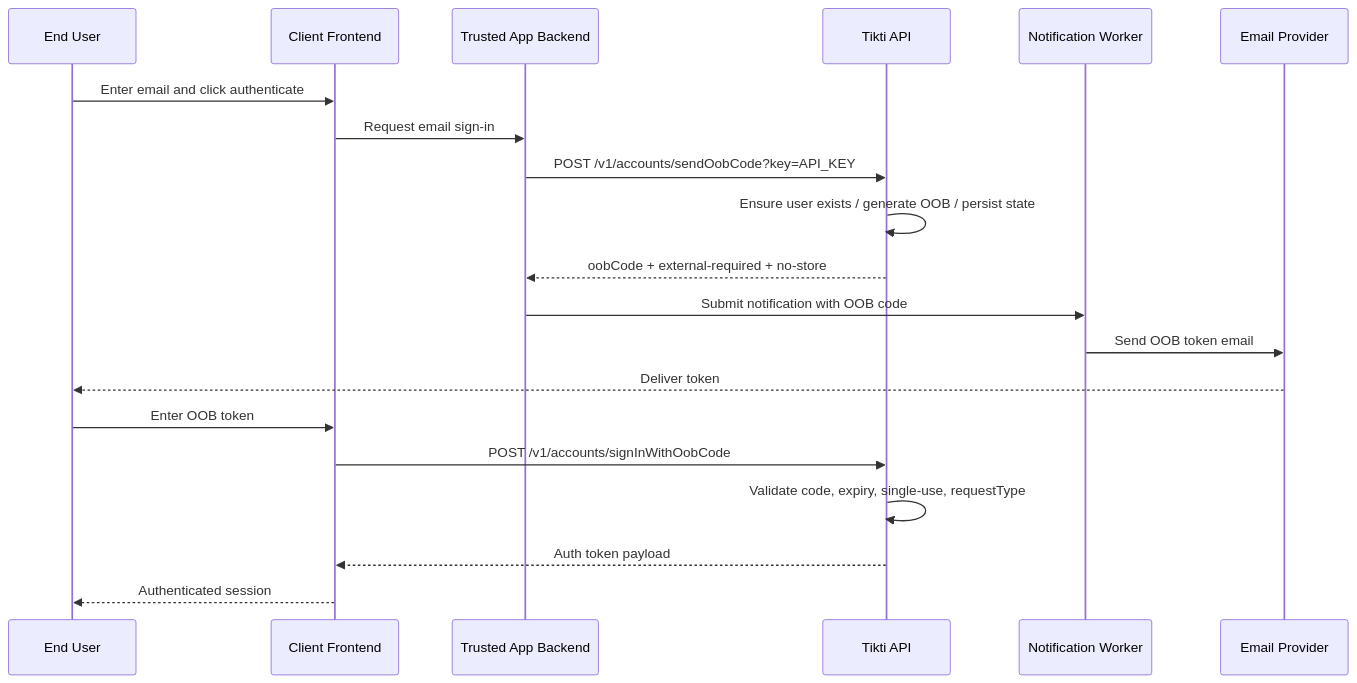
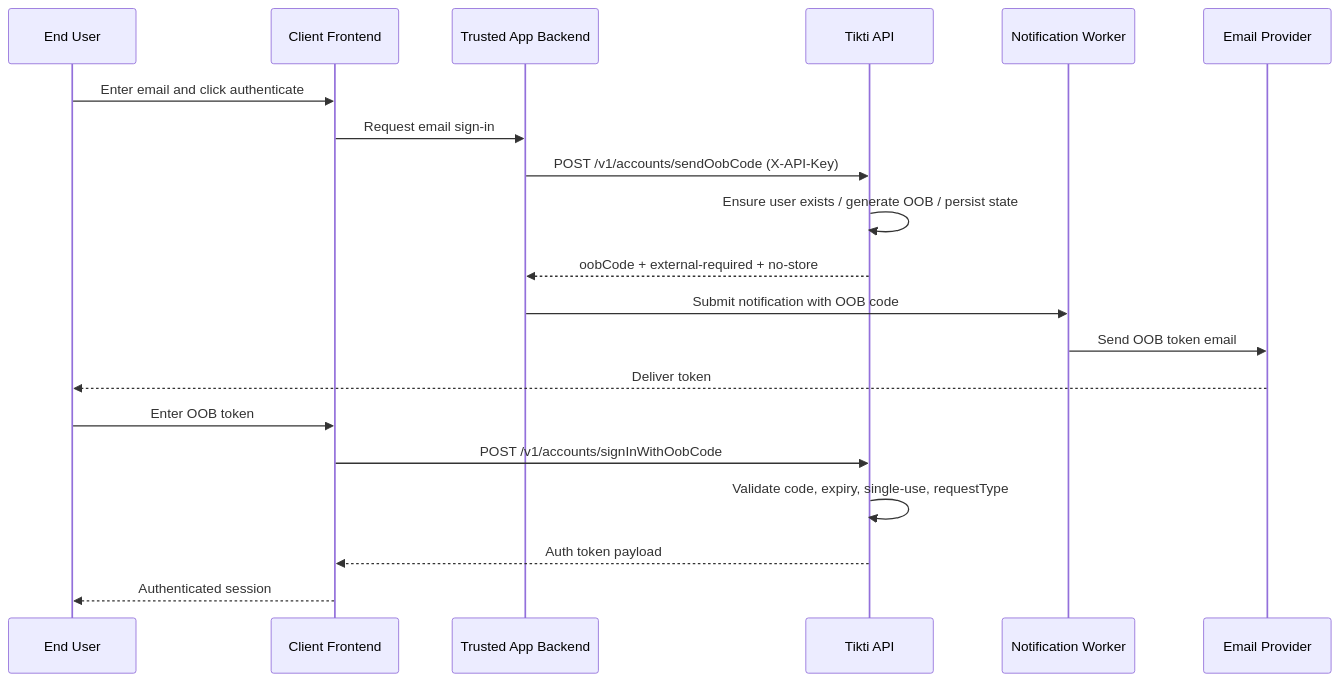
One commit to osvaldoandrade/tikti changed the diagram in wiki/Use-Cases-OOB-Email-Sign-In.md. Above: the diagram before and after it, drawn with Mermaid. The commit also changed other lines of this file and 28 other files, not shown here.

````diff
--- a/wiki/Use-Cases-OOB-Email-Sign-In.md
+++ b/wiki/Use-Cases-OOB-Email-Sign-In.md
@@ -32,23 +32,23 @@
 ```mermaid
 sequenceDiagram
     participant U as End User
     participant F as Client Frontend
     participant B as Trusted App Backend
     participant T as Tikti API
     participant W as Notification Worker
     participant E as Email Provider
 
     U->>F: Enter email and click authenticate
     F->>B: Request email sign-in
-    B->>T: POST /v1/accounts/sendOobCode?key=API_KEY
+    B->>T: POST /v1/accounts/sendOobCode (X-API-Key)
     T->>T: Ensure user exists / generate OOB / persist state
     T-->>B: oobCode + external-required + no-store
     B->>W: Submit notification with OOB code
     W->>E: Send OOB token email
     E-->>U: Deliver token
     U->>F: Enter OOB token
     F->>T: POST /v1/accounts/signInWithOobCode
     T->>T: Validate code, expiry, single-use, requestType
     T-->>F: Auth token payload
     F-->>U: Authenticated session
 ```
````
